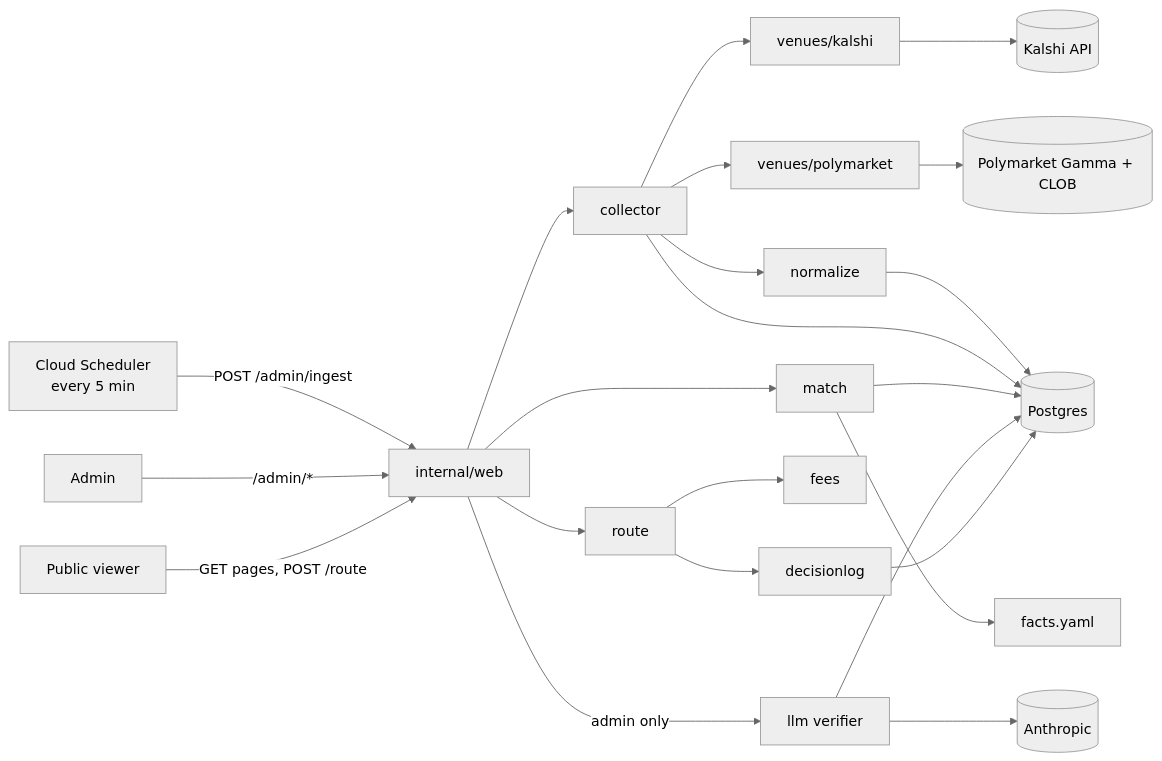
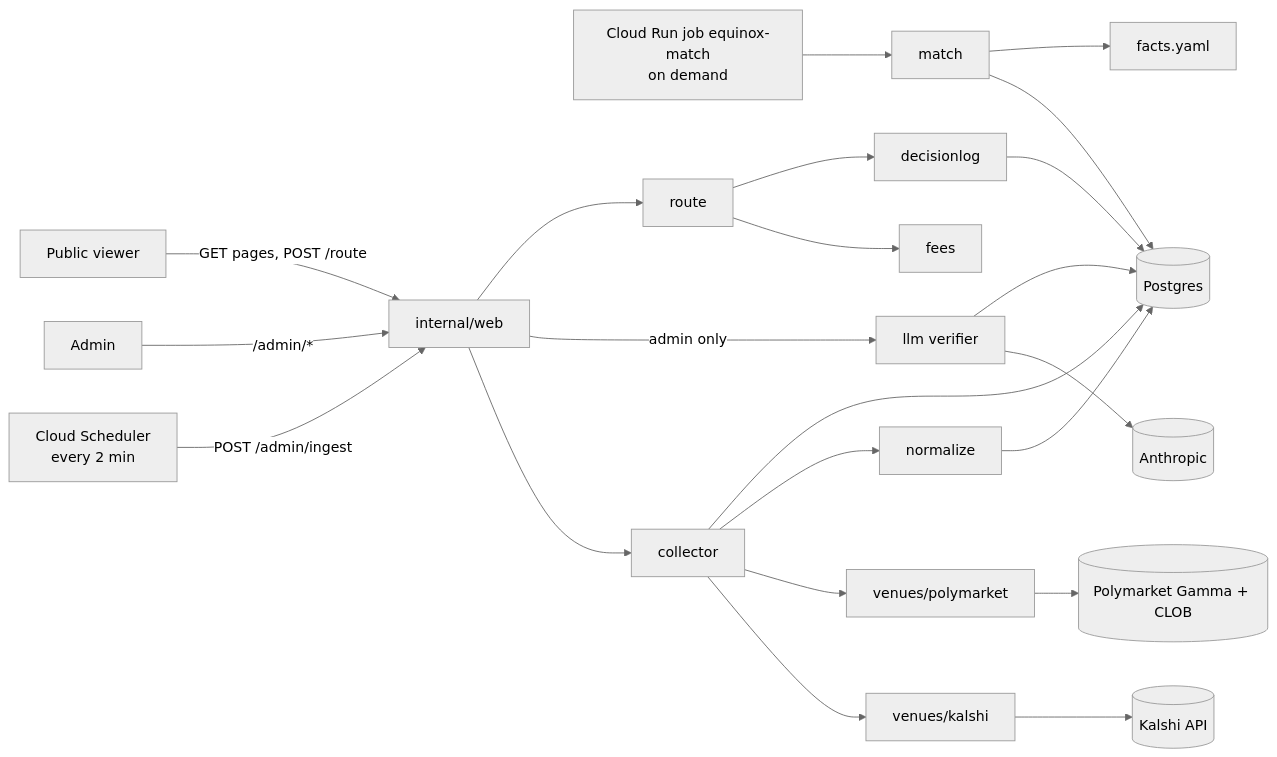
Before and after one commit to paawandesai/peak6-equinox: the diagram in docs/architecture.md, drawn with Mermaid (neutral theme). The commit also changed other lines of this file and 9 other files, not shown here.

````diff
--- a/docs/architecture.md
+++ b/docs/architecture.md
@@ -43,17 +43,18 @@
 ```mermaid
 flowchart LR
-  SCHED[Cloud Scheduler<br/>every 5 min] -->|POST /admin/ingest| WEB
+  SCHED[Cloud Scheduler<br/>every 2 min] -->|POST /admin/ingest| WEB
+  JOB[Cloud Run job equinox-match<br/>on demand] --> MATCH
   ADMIN[Admin] -->|/admin/*| WEB
   PUB[Public viewer] -->|GET pages, POST /route| WEB
   WEB[internal/web] --> COL[collector]
   COL --> KA[venues/kalshi] --> KAPI[(Kalshi API)]
   COL --> PA[venues/polymarket] --> PAPI[(Polymarket Gamma + CLOB)]
   COL --> NORM[normalize] --> STORE[(Postgres)]
   COL --> STORE
-  WEB --> MATCH[match] --> STORE
+  MATCH[match] --> STORE
   MATCH --> FACTS[facts.yaml]
   WEB -->|admin only| LLM[llm verifier] --> ANTH[(Anthropic)]
   LLM --> STORE
   WEB --> ROUTE[route] --> FEES[fees]
   ROUTE --> DLOG[decisionlog] --> STORE
 ```
````
